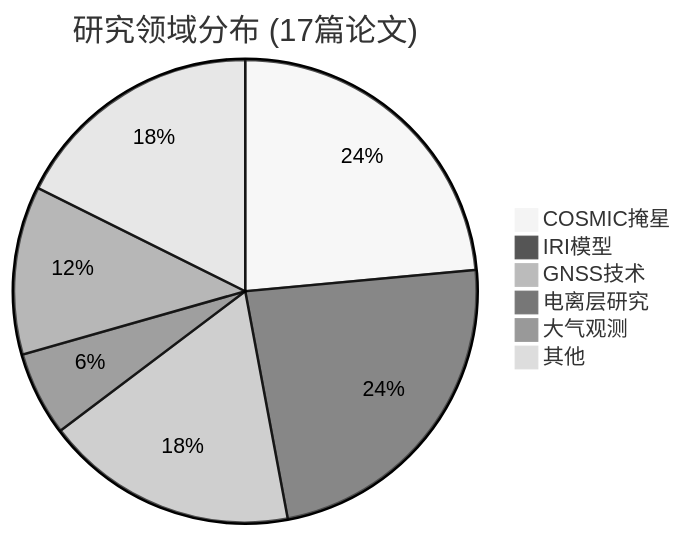
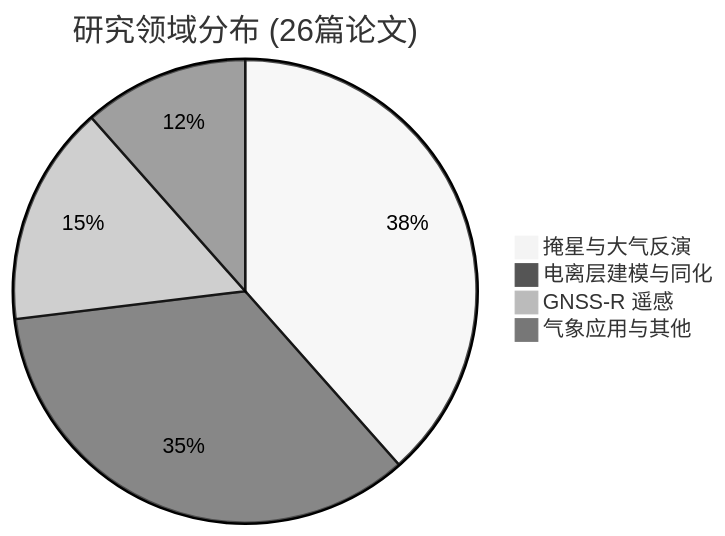
One commit to Mapoet/mapoet.github.io changed the diagram in _pages/publications.md. Above: the diagram before and after it, drawn with Mermaid (neutral theme). The commit also changed other lines of this file and 14 other files, not shown here.

````diff
--- a/_pages/publications.md
+++ b/_pages/publications.md
@@ -16,9 +18,7 @@
 ```mermaid
-pie title 研究领域分布 (17篇论文)
-    "COSMIC掩星" : 4
-    "IRI模型" : 4
-    "GNSS技术" : 3
-    "电离层研究" : 1
-    "大气观测" : 2
-    "其他" : 3
+pie title 研究领域分布 (26篇论文)
+    "掩星与大气反演" : 10
+    "电离层建模与同化" : 9
+    "GNSS-R 遥感" : 4
+    "气象应用与其他" : 3
 ```
````
